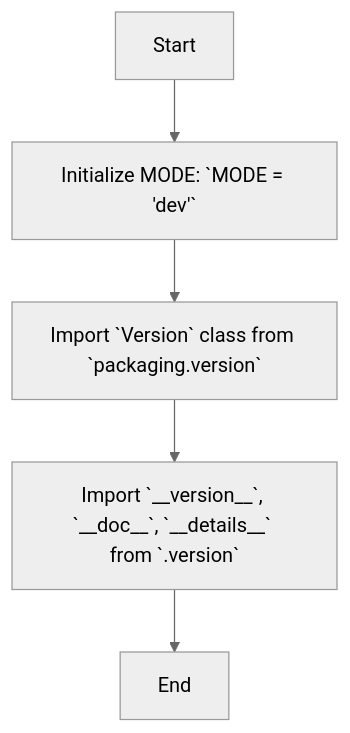
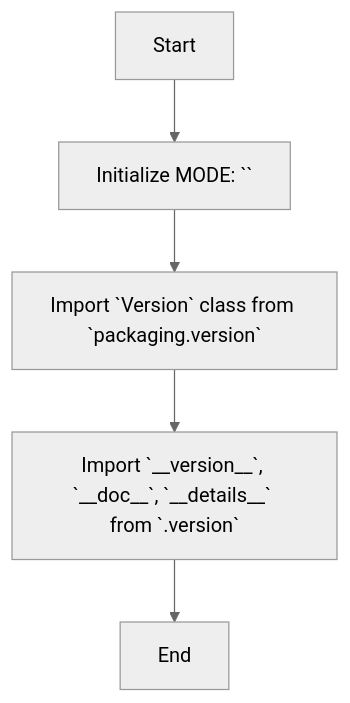
Before and after one commit to hypo69/hypo: the diagram in docs/gemini/ru/explainer/src/webdriver/chrome/extentions/__init__.py.md, drawn with Mermaid (neutral theme). The commit also changed other lines of this file and 6031 other files, not shown here.

````diff
--- a/docs/gemini/ru/explainer/src/webdriver/chrome/extentions/__init__.py.md
+++ b/docs/gemini/ru/explainer/src/webdriver/chrome/extentions/__init__.py.md
@@ -21,7 +21,7 @@
 ```mermaid
 flowchart TD
-    Start --> MODE_Initialization[Initialize MODE: `MODE = 'dev'`]
+    Start --> MODE_Initialization[Initialize MODE: ``]
     MODE_Initialization --> Import_Version_Class[Import `Version` class from `packaging.version`]
     Import_Version_Class --> Import_From_Version_Module[Import `__version__`, `__doc__`, `__details__` from `.version`]
     Import_From_Version_Module --> End
 ```
````
